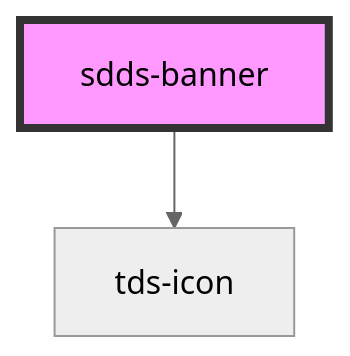
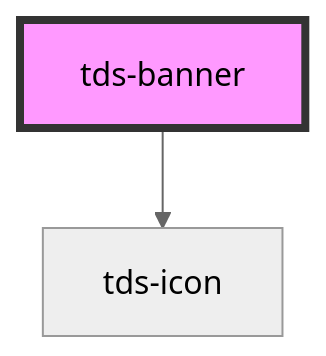
One commit to scania-digital-design-system/tegel changed the diagram in core/src/components/banner/readme.md. Above: the diagram before and after it, drawn with Mermaid (neutral theme). The commit also changed other lines of this file and 5 other files, not shown here.

````diff
--- a/core/src/components/banner/readme.md
+++ b/core/src/components/banner/readme.md
@@ -58,5 +58,5 @@
 ```mermaid
 graph TD;
-  sdds-banner --> tds-icon
-  style sdds-banner fill:#f9f,stroke:#333,stroke-width:4px
+  tds-banner --> tds-icon
+  style tds-banner fill:#f9f,stroke:#333,stroke-width:4px
 ```
````
